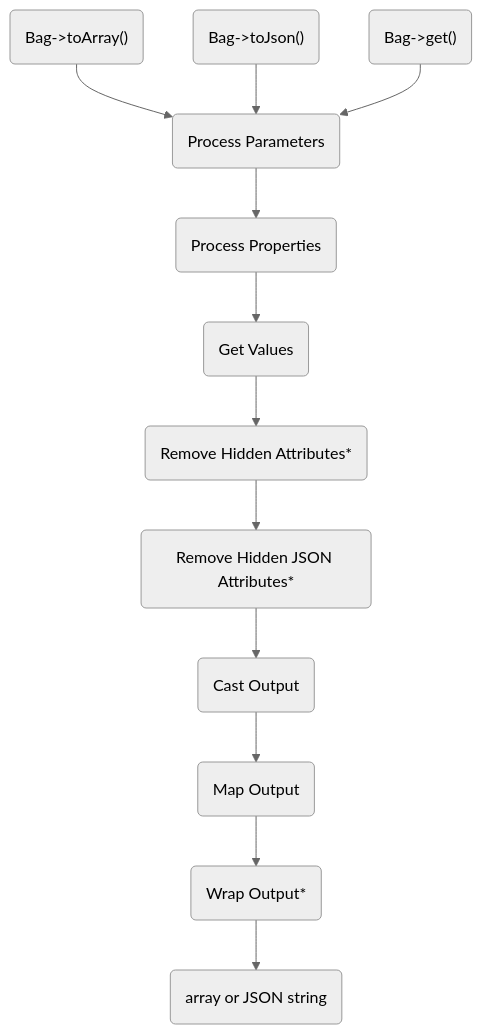
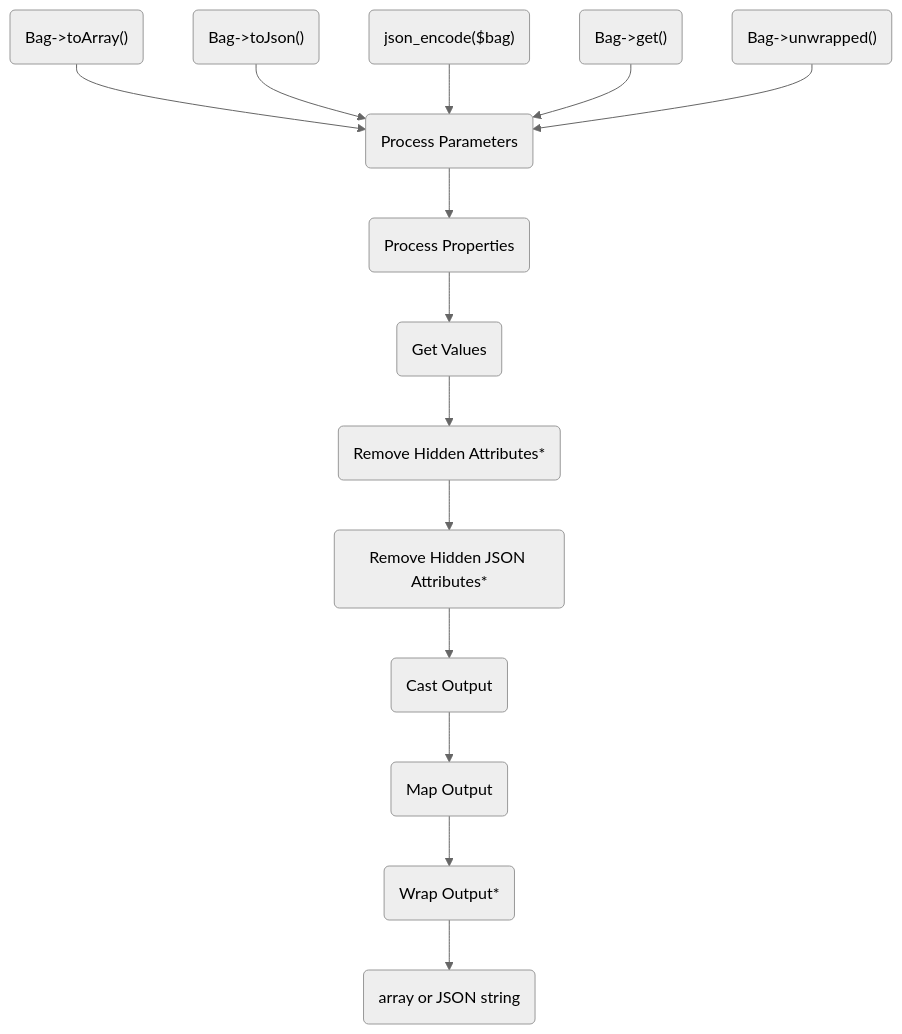
The second of 4 diagrams in docs/how-bag-works.md (dshafik/bag), drawn with Mermaid (neutral theme) before and after one commit. The commit also changed other lines of this file and 1 other file, not shown here.

````diff
--- a/docs/how-bag-works.md
+++ b/docs/how-bag-works.md
@@ -45,19 +66,34 @@
 ```mermaid
 graph TD;
 toArray("Bag->toArray()") --> processParameters
 toJson("Bag->toJson()") --> processParameters
+jsonEncode("json_encode($bag)") --> processParameters
 get("Bag->get()") --> processParameters
+unwrapped("Bag->unwrapped()") --> processParameters
 processParameters(Process Parameters)
 --> processProperties(Process Properties)
 --> getValues(Get Values)
 --> hide("Remove Hidden Attributes*")
 --> hideJson("Remove Hidden JSON Attributes*")
 --> cast(Cast Output)
 --> mapOutput(Map Output)
 --> wrap(Wrap Output*)
 --> output(array or JSON string)
 
-class toArray,toJson,get mermaid-start
+class toArray,toJson,jsonEncode,get,unwrapped mermaid-start
 class output mermaid-end
 class hide,hideJson,wrap mermaid-conditional
+
+click toArray "https://github.com/dshafik/bag/blob/main/src/Bag/Concerns/WithArrayable.php" _blank
+click toJson "https://github.com/dshafik/bag/blob/main/src/Bag/Concerns/WithJson.php" _blank
+click get "https://github.com/dshafik/bag/blob/main/src/Bag/Concerns/WithOutput.php" _blank
+click unwrapped "https://github.com/dshafik/bag/blob/main/src/Bag/Concerns/WithOutput.php" _blank
+click processParameters "https://github.com/dshafik/bag/blob/main/src/Bag/Pipelines/Pipes/ProcessParameters.php" _blank
+click processProperties "https://github.com/dshafik/bag/blob/main/src/Bag/Pipelines/Pipes/ProcessProperties.php" _blank
+click getValues "https://github.com/dshafik/bag/blob/main/src/Bag/Pipelines/Pipes/GetValues.php" _blank
+click hide "https://github.com/dshafik/bag/blob/main/src/Bag/Pipelines/Pipes/HideValues.php" _blank
+click hideJson "https://github.com/dshafik/bag/blob/main/src/Bag/Pipelines/Pipes/HideJsonValues.php" _blank
+click cast "https://github.com/dshafik/bag/blob/main/src/Bag/Pipelines/Pipes/CastOutputValues.php" _blank
+click mapOutput "https://github.com/dshafik/bag/blob/main/src/Bag/Pipelines/Pipes/MapOutput.php" _blank
+click wrap "https://github.com/dshafik/bag/blob/main/src/Bag/Pipelines/Pipes/Wrap.php" _blank
 ```
````
